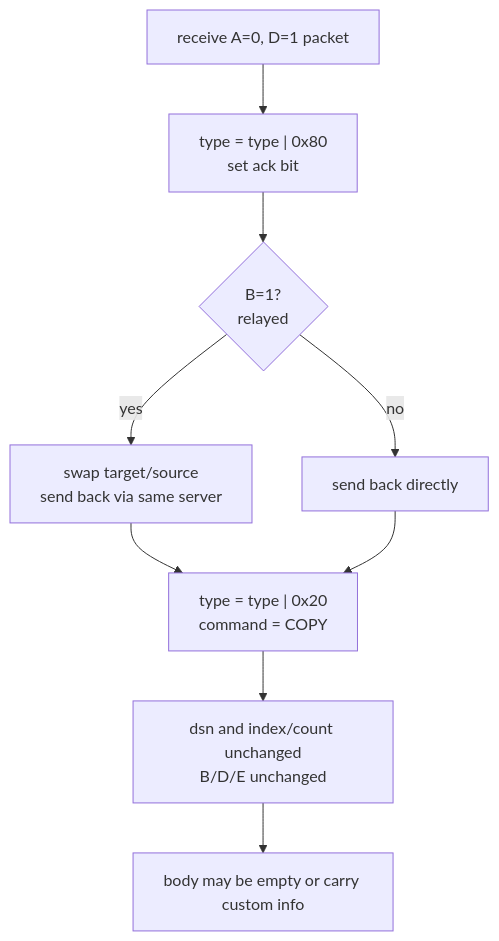
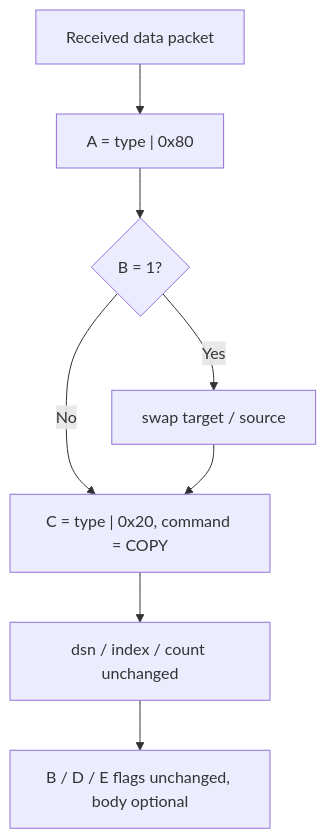
The fourth of 4 diagrams in docs/design-workflow.md (moky/magpie-bridge), drawn with Mermaid before and after one commit. The commit also changed other lines of this file and 9 other files, not shown here.

````diff
--- a/docs/design-workflow.md
+++ b/docs/design-workflow.md
@@ -147,11 +79,10 @@
 ```mermaid
 flowchart TD
-    P[receive A=0, D=1 packet] --> A["type = type | 0x80<br/>set ack bit"]
-    A --> B{B=1?<br/>relayed}
-    B -- yes --> S[swap target/source<br/>send back via same server]
-    B -- no --> C[send back directly]
-    S --> K["type = type | 0x20<br/>command = COPY"]
-    C --> K
-    K --> D[dsn and index/count unchanged<br/>B/D/E unchanged]
-    D --> E[body may be empty or carry custom info]
+    R["Received data packet"] --> A1["A = type | 0x80"]
+    A1 --> B1{"B = 1?"}
+    B1 -- "Yes" --> SW["swap target / source"]
+    B1 -- "No" --> C1
+    SW --> C1["C = type | 0x20, command = COPY"]
+    C1 --> D1["dsn / index / count unchanged"]
+    D1 --> E1["B / D / E flags unchanged, body optional"]
 ```
````
